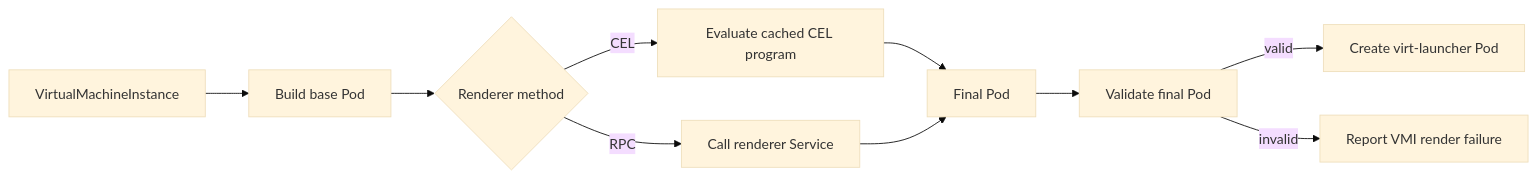
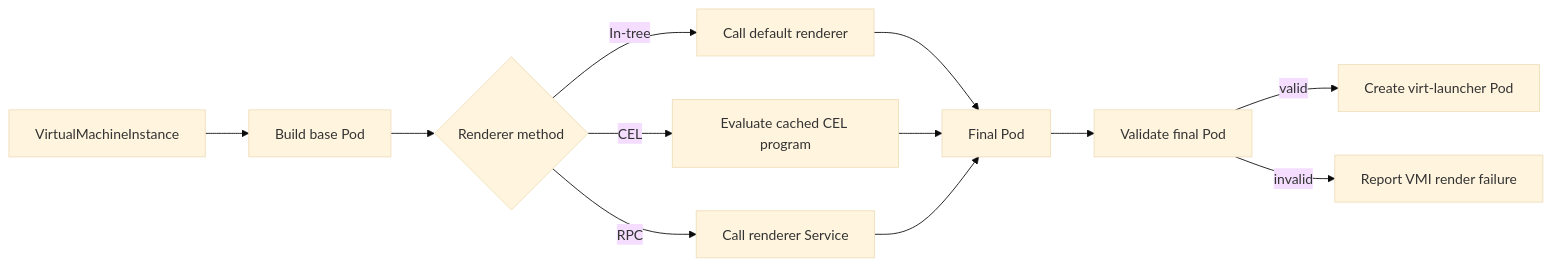
Before and after one commit to harshitgupta1337/kubevirt-enhancements: the diagram in veps/sig-compute/82-plugin-virtstack/virt-controller-plugin-vep.md, drawn with Mermaid (base theme). The commit also changed other lines of this file, not shown here.

Commit message:
Classify in-tree rendering as another interface impl

````diff
--- a/veps/sig-compute/82-plugin-virtstack/virt-controller-plugin-vep.md
+++ b/veps/sig-compute/82-plugin-virtstack/virt-controller-plugin-vep.md
@@ -152,12 +152,14 @@
 ```mermaid
 flowchart LR
     VMI[VirtualMachineInstance] -->  Base[Build base Pod]
     Base --> Select{Renderer method}
+    Select -->|In-tree| Default[Call default renderer]
     Select -->|CEL| CEL[Evaluate cached CEL program]
     Select -->|RPC| RPC[Call renderer Service]
+    Default --> Final[Final Pod]
     CEL --> Final[Final Pod]
     RPC --> Final
     Final --> Validate[Validate final Pod]
     Validate -->|valid| Create[Create virt-launcher Pod]
     Validate -->|invalid| Failure[Report VMI render failure]
 ```
````
